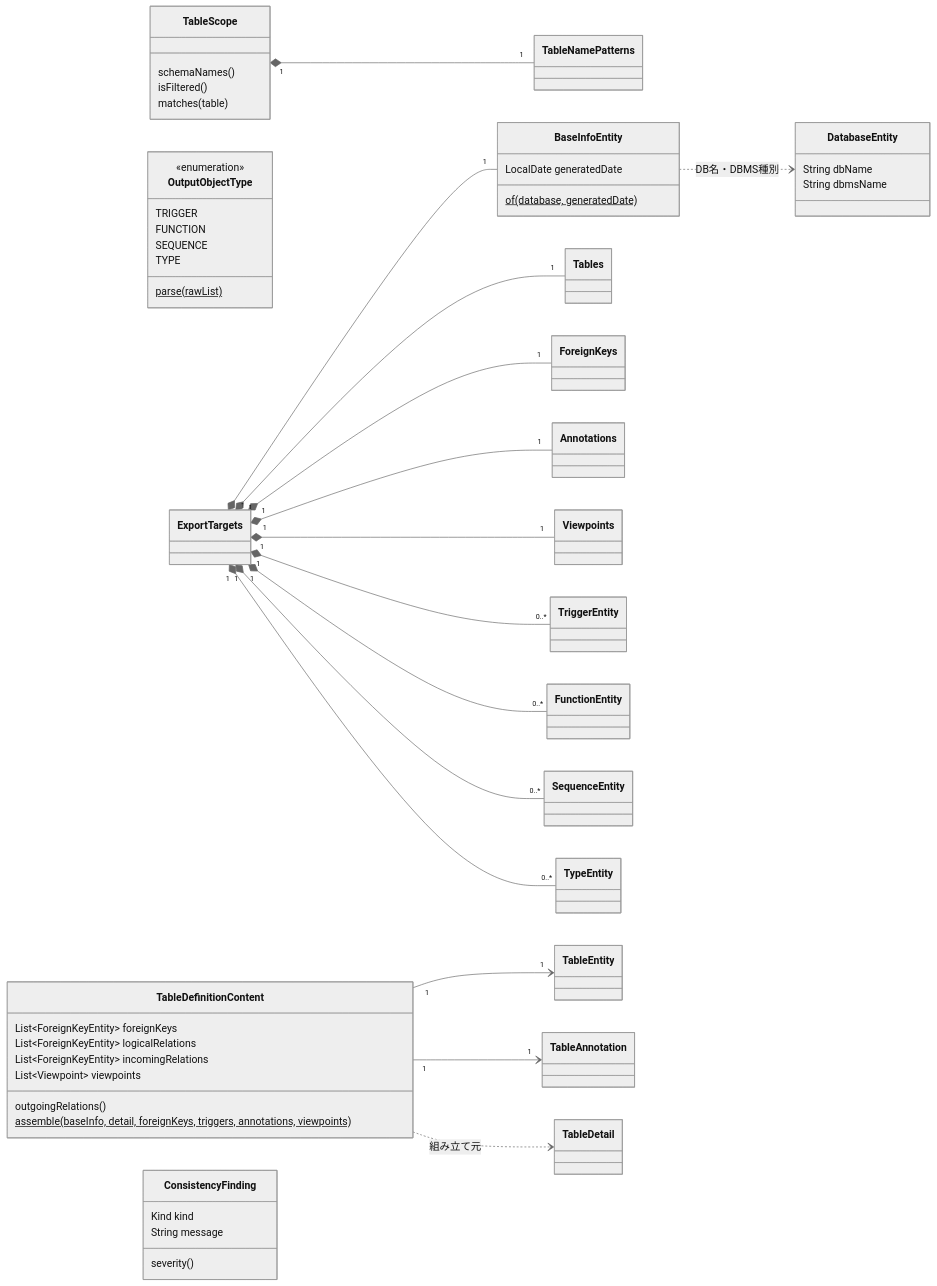
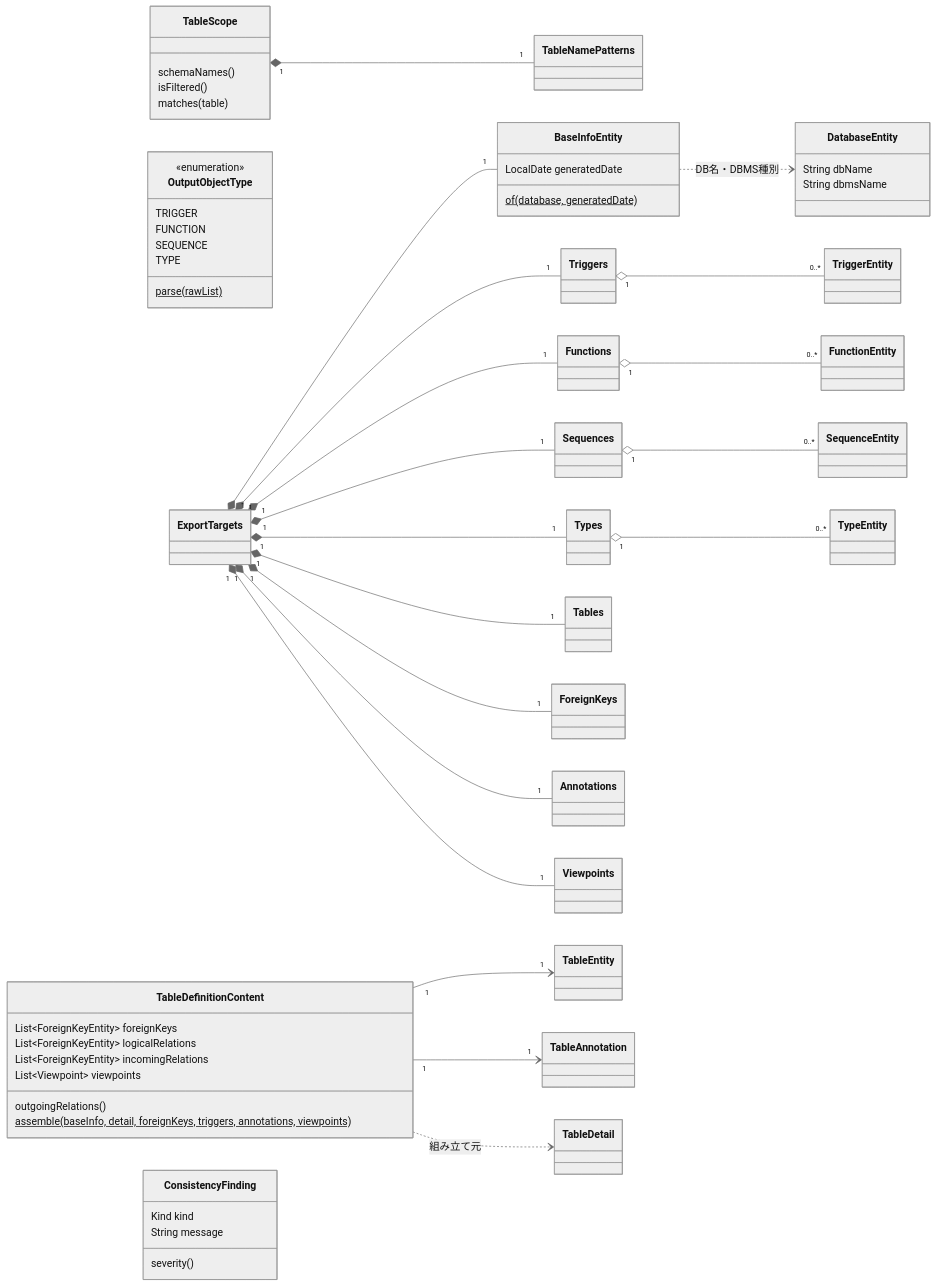
The fifth of 5 diagrams in docs/architecture/domain-model.md (ebichan88/exportTableDefinition), drawn with Mermaid (neutral theme) before and after one commit. The commit also changed other lines of this file and 84 other files, not shown here.

````diff
--- a/docs/architecture/domain-model.md
+++ b/docs/architecture/domain-model.md
@@ -245,55 +245,63 @@
 ```mermaid
 classDiagram
   direction LR
   class TableScope {
     schemaNames()
     isFiltered()
     matches(table)
   }
   class TableNamePatterns
   class OutputObjectType {
     <<enumeration>>
     TRIGGER
     FUNCTION
     SEQUENCE
     TYPE
     parse(rawList)$
   }
   class ExportTargets
+  class Triggers
+  class Functions
+  class Sequences
+  class Types
   class TableDefinitionContent {
     List~ForeignKeyEntity~ foreignKeys
     List~ForeignKeyEntity~ logicalRelations
     List~ForeignKeyEntity~ incomingRelations
     List~Viewpoint~ viewpoints
     outgoingRelations()
     assemble(baseInfo, detail, foreignKeys, triggers, annotations, viewpoints)$
   }
   class BaseInfoEntity {
     LocalDate generatedDate
     of(database, generatedDate)$
   }
   class DatabaseEntity {
     String dbName
     String dbmsName
   }
   class ConsistencyFinding {
     Kind kind
     String message
     severity()
   }
 
   TableScope "1" *-- "1" TableNamePatterns
   ExportTargets "1" *-- "1" BaseInfoEntity
   ExportTargets "1" *-- "1" Tables
   ExportTargets "1" *-- "1" ForeignKeys
   ExportTargets "1" *-- "1" Annotations
   ExportTargets "1" *-- "1" Viewpoints
-  ExportTargets "1" *-- "0..*" TriggerEntity
-  ExportTargets "1" *-- "0..*" FunctionEntity
-  ExportTargets "1" *-- "0..*" SequenceEntity
-  ExportTargets "1" *-- "0..*" TypeEntity
+  ExportTargets "1" *-- "1" Triggers
+  ExportTargets "1" *-- "1" Functions
+  ExportTargets "1" *-- "1" Sequences
+  ExportTargets "1" *-- "1" Types
+  Triggers "1" o-- "0..*" TriggerEntity
+  Functions "1" o-- "0..*" FunctionEntity
+  Sequences "1" o-- "0..*" SequenceEntity
+  Types "1" o-- "0..*" TypeEntity
   BaseInfoEntity ..> DatabaseEntity : DB名・DBMS種別
   TableDefinitionContent "1" --> "1" TableEntity
   TableDefinitionContent "1" --> "1" TableAnnotation
   TableDefinitionContent ..> TableDetail : 組み立て元
 ```
````
